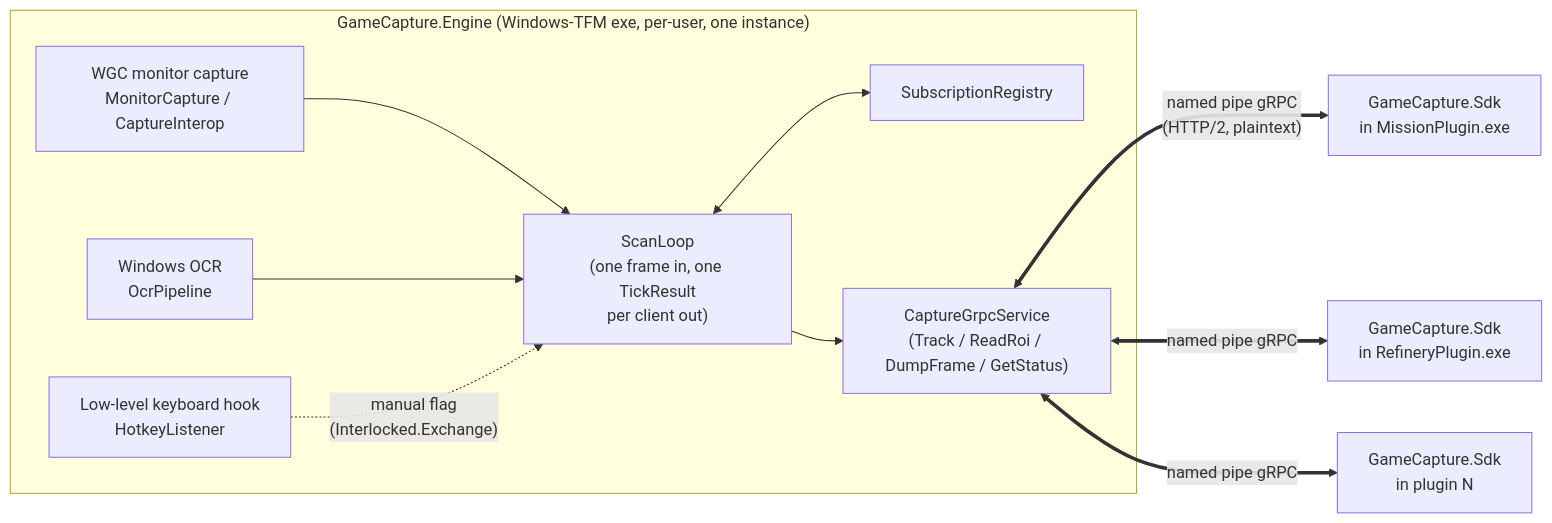
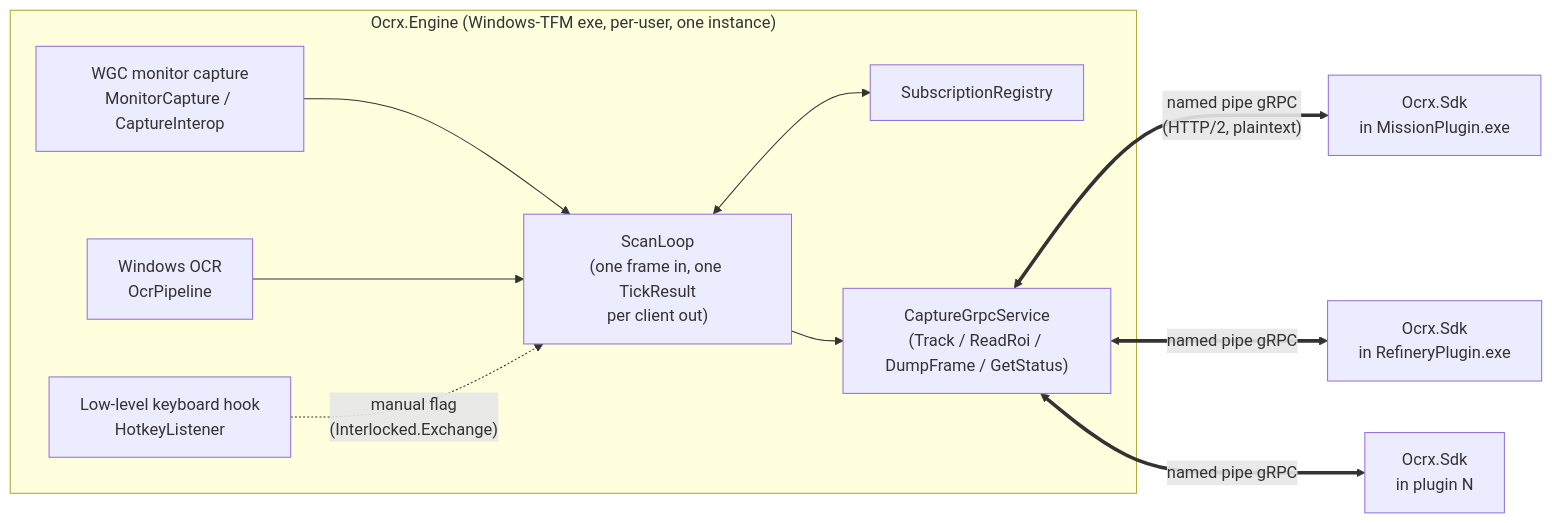
The diagram in docs/ARCHITECTURE.md (PetitCastor/gamecapture-engine), drawn with Mermaid before and after one commit. The commit also changed other lines of this file and 551 other files, not shown here.

Commit message:
feat: migrate private engine to OCRX v2

````diff
--- a/docs/ARCHITECTURE.md
+++ b/docs/ARCHITECTURE.md
@@ -27,21 +27,21 @@
 ```mermaid
 flowchart LR
-    subgraph EngineProc["GameCapture.Engine (Windows-TFM exe, per-user, one instance)"]
+    subgraph EngineProc["Ocrx.Engine (Windows-TFM exe, per-user, one instance)"]
         WGC["WGC monitor capture<br/>MonitorCapture / CaptureInterop"]
         OCR["Windows OCR<br/>OcrPipeline"]
         Hotkey["Low-level keyboard hook<br/>HotkeyListener"]
         Loop["ScanLoop<br/>(one frame in, one TickResult<br/>per client out)"]
         Reg["SubscriptionRegistry"]
         Svc["CaptureGrpcService<br/>(Track / ReadRoi / DumpFrame / GetStatus)"]
 
         WGC --> Loop
         OCR --> Loop
         Hotkey -. "manual flag<br/>(Interlocked.Exchange)" .-> Loop
         Loop <--> Reg
         Loop --> Svc
     end
 
-    Svc <==>|"named pipe gRPC<br/>(HTTP/2, plaintext)"| SdkA["GameCapture.Sdk<br/>in MissionPlugin.exe"]
-    Svc <==>|"named pipe gRPC"| SdkB["GameCapture.Sdk<br/>in RefineryPlugin.exe"]
-    Svc <==>|"named pipe gRPC"| SdkN["GameCapture.Sdk<br/>in plugin N"]
+    Svc <==>|"named pipe gRPC<br/>(HTTP/2, plaintext)"| SdkA["Ocrx.Sdk<br/>in MissionPlugin.exe"]
+    Svc <==>|"named pipe gRPC"| SdkB["Ocrx.Sdk<br/>in RefineryPlugin.exe"]
+    Svc <==>|"named pipe gRPC"| SdkN["Ocrx.Sdk<br/>in plugin N"]
 ```
````
